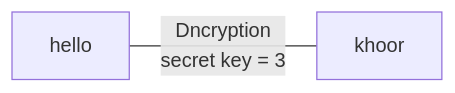
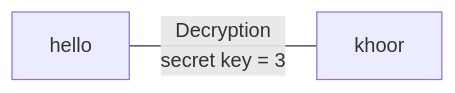
Diagram 11 of 13 in README.md (Rajeev-Tamang/OpenSSL), drawn with Mermaid before and after one commit. The commit also changed other lines of this file, not shown here.

````diff
--- a/README.md
+++ b/README.md
@@ -254,4 +256,4 @@
 ```mermaid
 graph LR
-hello---|Dncryption<br>secret key = 3|khoor
+hello---|Decryption<br>secret key = 3|khoor
 ```
````
